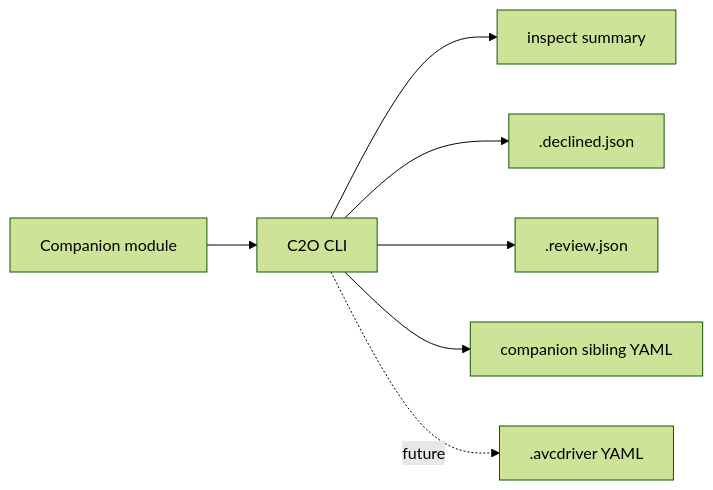
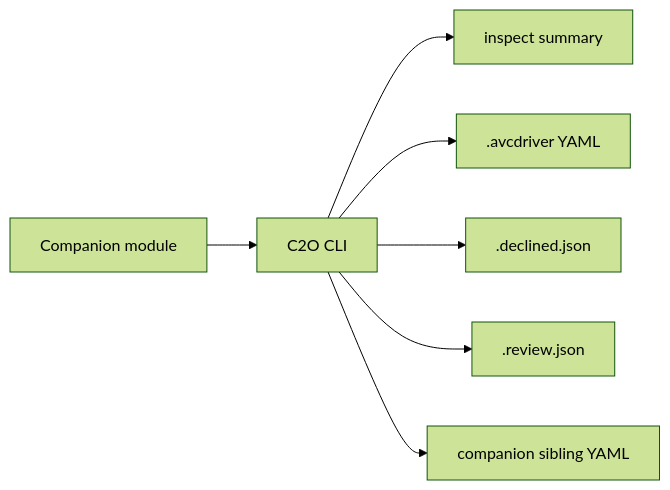
Before and after one commit to Capp3/companion-2-openavc: the diagram in README.md, drawn with Mermaid (forest theme). The commit also changed other lines of this file and 8 other files, not shown here.

````diff
--- a/README.md
+++ b/README.md
@@ -32,9 +32,9 @@
 ```mermaid
 flowchart LR
   companion[Companion module] --> c2o[C2O CLI]
   c2o --> inspect[inspect summary]
+  c2o --> driver[.avcdriver YAML]
   c2o --> declined[.declined.json]
   c2o --> review[.review.json]
   c2o --> siblings[companion sibling YAML]
-  c2o -. future .-> driver[.avcdriver YAML]
 ```
````
